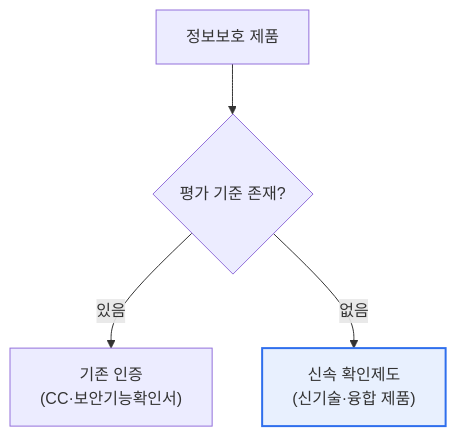
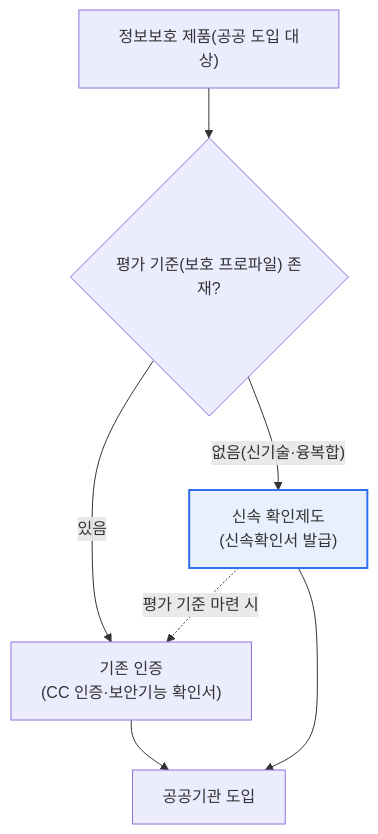
Before and after one commit to coninggu/wjdqhrhksflrltnftk: the first of 2 diagrams in content/security-product-fast-cert.md, drawn with Mermaid. The commit also changed other lines of this file and 3 other files, not shown here.

First line of the commit message:
Deepen 파일 슬랙(File Slack), 정보보호 제품 신속 확인제도 (auto)

````diff
--- a/content/security-product-fast-cert.md
+++ b/content/security-product-fast-cert.md
@@ -15,7 +19,10 @@
 ```mermaid
 flowchart TB
-  P[정보보호 제품] --> E{평가 기준 존재?}
-  E -->|있음| C["기존 인증<br/>(CC·보안기능확인서)"]
-  E -->|없음| F["신속 확인제도<br/>(신기술·융합 제품)"]
+  P["정보보호 제품(공공 도입 대상)"] --> E{"평가 기준(보호 프로파일) 존재?"}
+  E -->|"있음"| C["기존 인증<br/>(CC 인증·보안기능 확인서)"]
+  E -->|"없음(신기술·융복합)"| F["신속 확인제도<br/>(신속확인서 발급)"]
+  C --> G["공공기관 도입"]
+  F --> G
+  F -.->|"평가 기준 마련 시"| C
   style F fill:#e8f0fe,stroke:#2f6fed,stroke-width:2px
 ```
````
